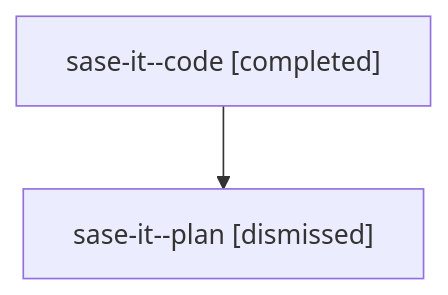
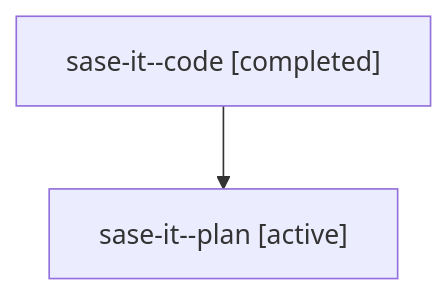
The diagram in families/bbugyi200.athena.sase-it.md (sase-org/sase--agents), drawn with Mermaid before and after one commit. The commit also changed other lines of this file and 35830 other files, not shown here.

````diff
--- a/families/bbugyi200.athena.sase-it.md
+++ b/families/bbugyi200.athena.sase-it.md
@@ -9,6 +9,6 @@
 ```mermaid
 flowchart TD
   n0["sase-it--code [completed]"]
-  n1["sase-it--plan [dismissed]"]
+  n1["sase-it--plan [active]"]
   n0 --> n1
 ```
````
